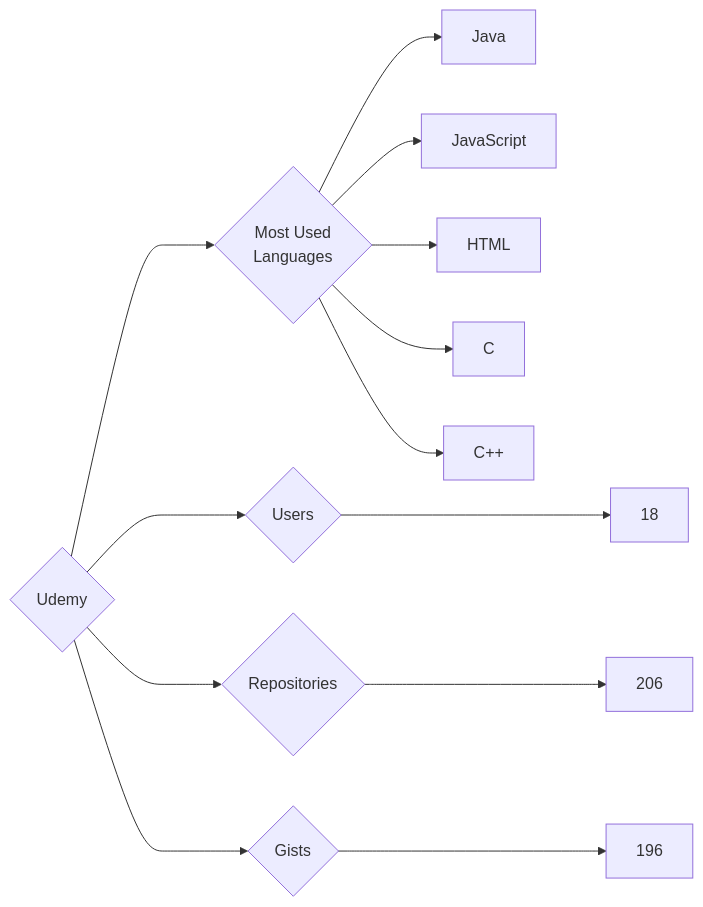
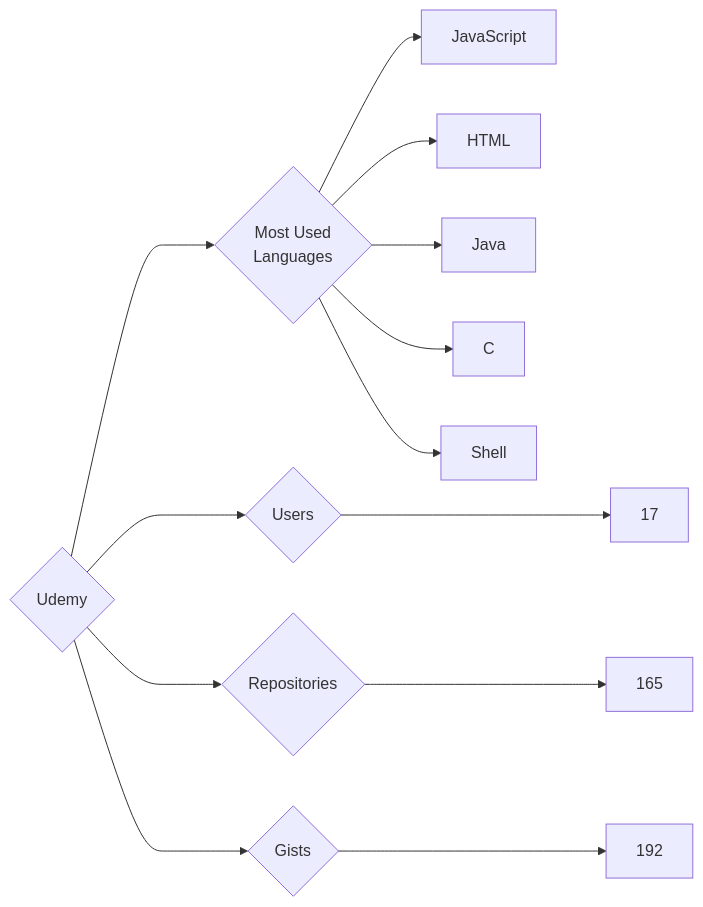
Before and after one commit to trickest/insiders: the diagram in targets/Udemy/README.md, drawn with Mermaid. The commit also changed 870 other files, not shown here.

````diff
--- a/targets/Udemy/README.md
+++ b/targets/Udemy/README.md
@@ -3,13 +3,13 @@
 ```mermaid
 graph LR
 COMPANY_NAME{Udemy}
-COMPANY_NAME ---> U{Users} ---> UN[18]
-COMPANY_NAME ---> R{Repositories} ---> RN[206]
-COMPANY_NAME ---> G{Gists} ---> GN[196]
+COMPANY_NAME ---> U{Users} ---> UN[17]
+COMPANY_NAME ---> R{Repositories} ---> RN[165]
+COMPANY_NAME ---> G{Gists} ---> GN[192]
 COMPANY_NAME ---> ML{Most Used<br>Languages}
-ML --> Java[Java]
 ML --> JavaScript[JavaScript]
 ML --> HTML[HTML]
+ML --> Java[Java]
 ML --> C[C]
-ML --> C++[C++]
+ML --> Shell[Shell]
 ```
````
